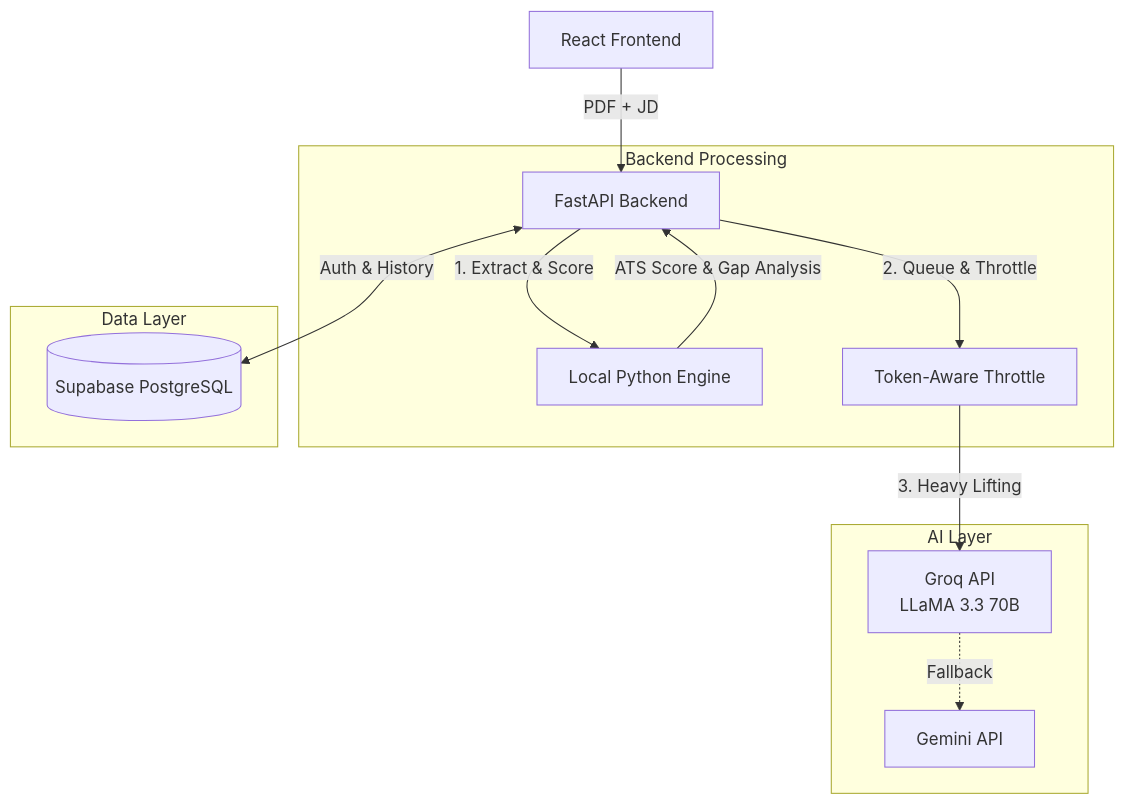
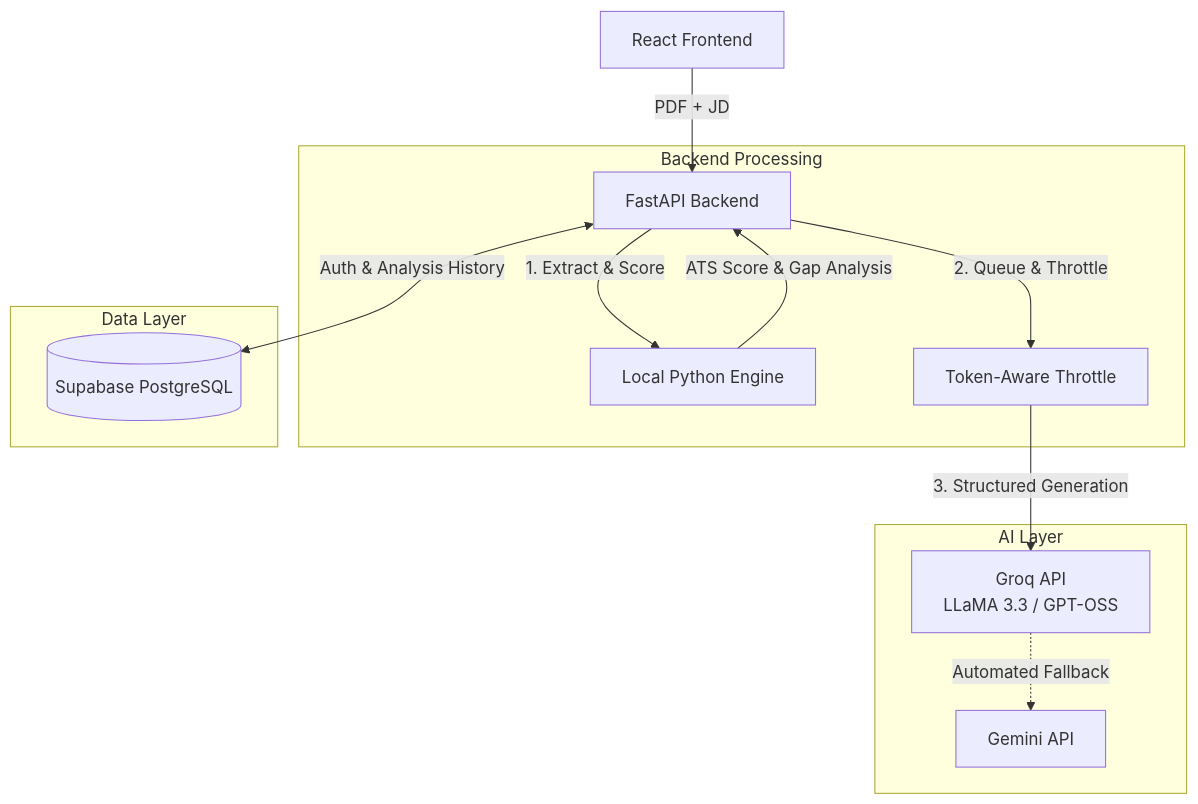
Before and after one commit to gnanesh-reddy-12/Ai-Resume-Analyzer: the diagram in README.md, drawn with Mermaid. The commit also changed other lines of this file, not shown here.

Commit message:
docs: polish README with recruiter-focused overview and architecture diagram

````diff
--- a/README.md
+++ b/README.md
@@ -28,19 +65,19 @@
 ```mermaid
 graph TD
     Client[React Frontend] -->|PDF + JD| API[FastAPI Backend]
     
     subgraph Backend Processing
         API -->|1. Extract & Score| Python[Local Python Engine]
         Python -->|ATS Score & Gap Analysis| API
         API -->|2. Queue & Throttle| Throttle[Token-Aware Throttle]
     end
     
     subgraph AI Layer
-        Throttle -->|3. Heavy Lifting| Groq[Groq API <br> LLaMA 3.3 70B]
-        Groq -.->|Fallback| Gemini[Gemini API]
+        Throttle -->|3. Structured Generation| Groq[Groq API <br> LLaMA 3.3 / GPT-OSS]
+        Groq -.->|Automated Fallback| Gemini[Gemini API]
     end
     
     subgraph Data Layer
-        API <-->|Auth & History| Supabase[(Supabase PostgreSQL)]
+        API <-->|Auth & Analysis History| Supabase[(Supabase PostgreSQL)]
     end
 ```
````
